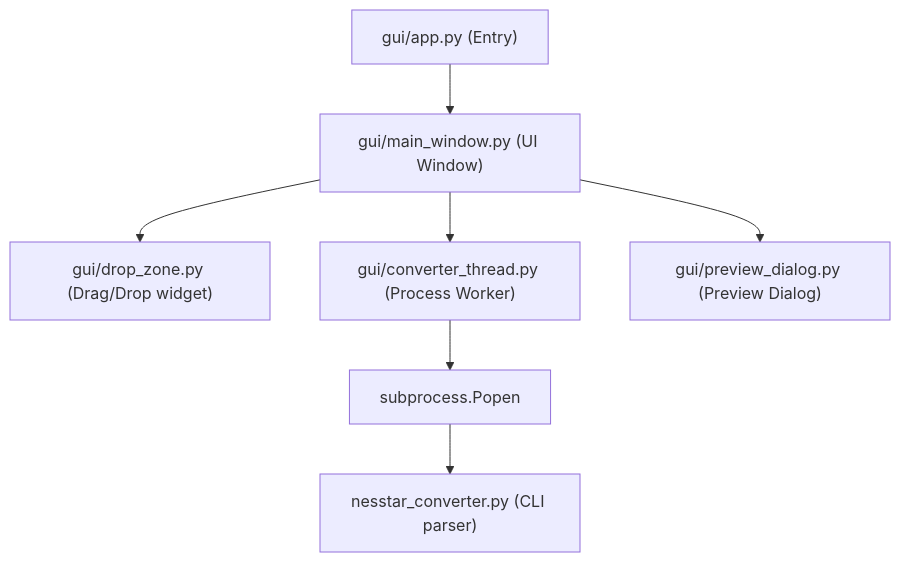
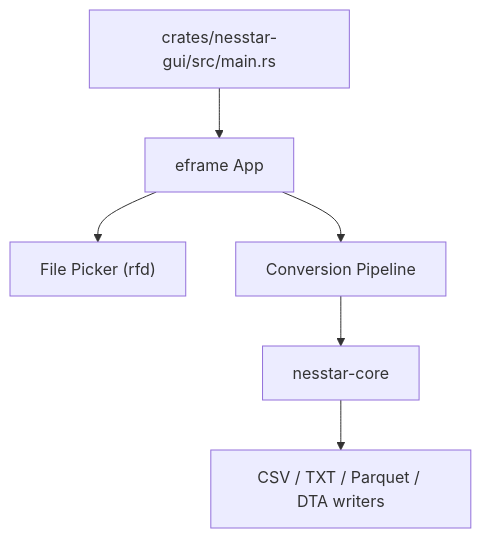
One commit to abhinavjnu/nesstar-converter changed the diagram in handoff.md. Above: the diagram before and after it, drawn with Mermaid. The commit also changed other lines of this file and 10 other files, not shown here.

````diff
--- a/handoff.md
+++ b/handoff.md
@@ -31,9 +31,8 @@
 ```mermaid
 graph TD
-    A["gui/app.py (Entry)"] --> B["gui/main_window.py (UI Window)"]
-    B --> C["gui/drop_zone.py (Drag/Drop widget)"]
-    B --> D["gui/converter_thread.py (Process Worker)"]
-    B --> E["gui/preview_dialog.py (Preview Dialog)"]
-    D --> F["subprocess.Popen"]
-    F --> G["nesstar_converter.py (CLI parser)"]
+    A["crates/nesstar-gui/src/main.rs"] --> B["eframe App"]
+    B --> C["File Picker (rfd)"]
+    B --> D["Conversion Pipeline"]
+    D --> E["nesstar-core"]
+    E --> F["CSV / TXT / Parquet / DTA writers"]
 ```
````
